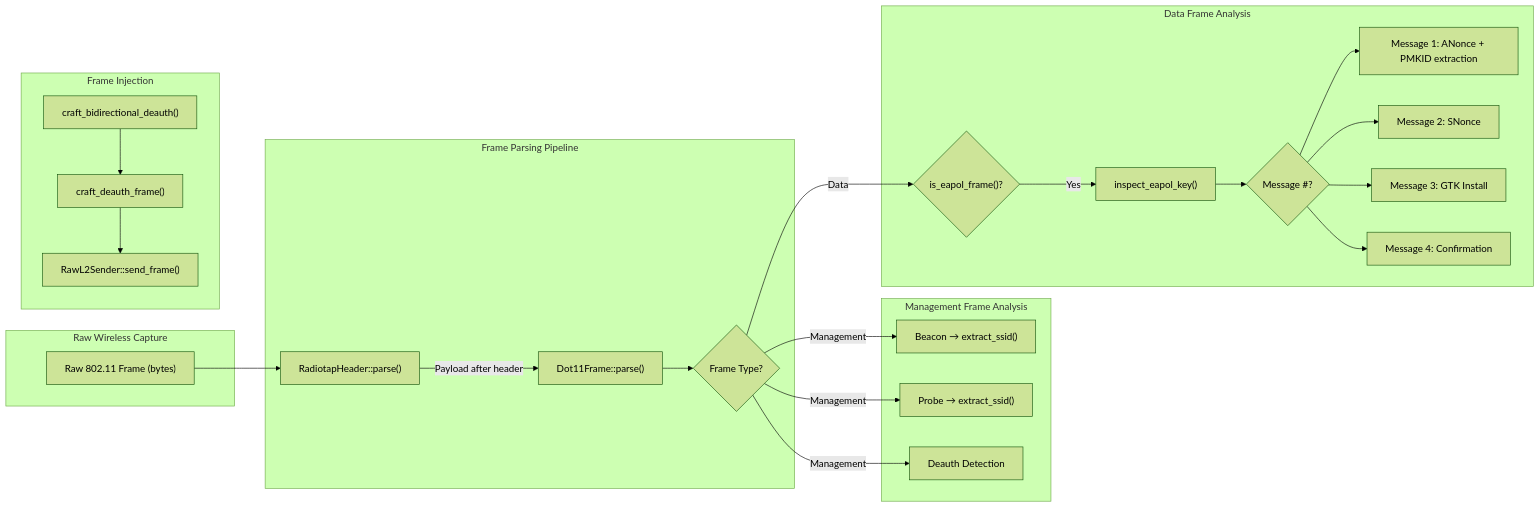
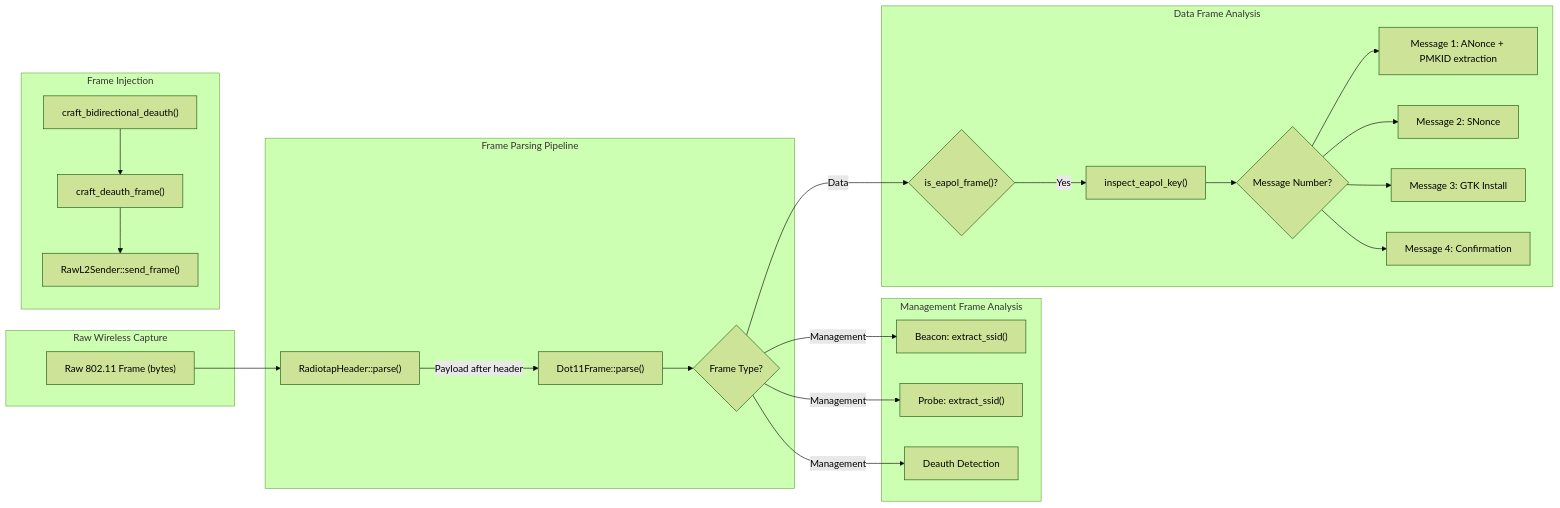
One commit to Neutron-0/Rustrict changed the eighth of 11 diagrams in README.md. Above: the diagram before and after it, drawn with Mermaid (forest theme). The commit also changed other lines of this file and 20 other files, not shown here.

````diff
--- a/README.md
+++ b/README.md
@@ -516,53 +515,53 @@
 ```mermaid
 flowchart LR
     subgraph CAPTURE["Raw Wireless Capture"]
         RawFrame["Raw 802.11 Frame (bytes)"]
     end
 
     subgraph PARSING["Frame Parsing Pipeline"]
         Radiotap["RadiotapHeader::parse()"]
         Dot11["Dot11Frame::parse()"]
         TypeCheck{"Frame Type?"}
     end
 
     subgraph MANAGEMENT["Management Frame Analysis"]
-        Beacon["Beacon → extract_ssid()"]
-        Probe["Probe → extract_ssid()"]
+        Beacon["Beacon: extract_ssid()"]
+        Probe["Probe: extract_ssid()"]
         DeauthRx["Deauth Detection"]
     end
 
     subgraph DATA_FRAME["Data Frame Analysis"]
         EAPOLCheck{"is_eapol_frame()?"}
         HandshakeInspect["inspect_eapol_key()"]
-        MsgIdentify{"Message #?"}
+        MsgIdentify{"Message Number?"}
         Msg1["Message 1: ANonce + PMKID extraction"]
         Msg2["Message 2: SNonce"]
         Msg3["Message 3: GTK Install"]
         Msg4["Message 4: Confirmation"]
     end
 
     subgraph INJECTION["Frame Injection"]
         CraftDeauth["craft_deauth_frame()"]
         BiDeauth["craft_bidirectional_deauth()"]
         Inject["RawL2Sender::send_frame()"]
     end
 
     RawFrame --> Radiotap
     Radiotap -->|"Payload after header"| Dot11
     Dot11 --> TypeCheck
 
     TypeCheck -->|Management| Beacon
     TypeCheck -->|Management| Probe
     TypeCheck -->|Management| DeauthRx
     TypeCheck -->|Data| EAPOLCheck
 
     EAPOLCheck -->|Yes| HandshakeInspect
     HandshakeInspect --> MsgIdentify
     MsgIdentify --> Msg1
     MsgIdentify --> Msg2
     MsgIdentify --> Msg3
     MsgIdentify --> Msg4
 
     CraftDeauth --> Inject
     BiDeauth --> CraftDeauth
 ```
````
